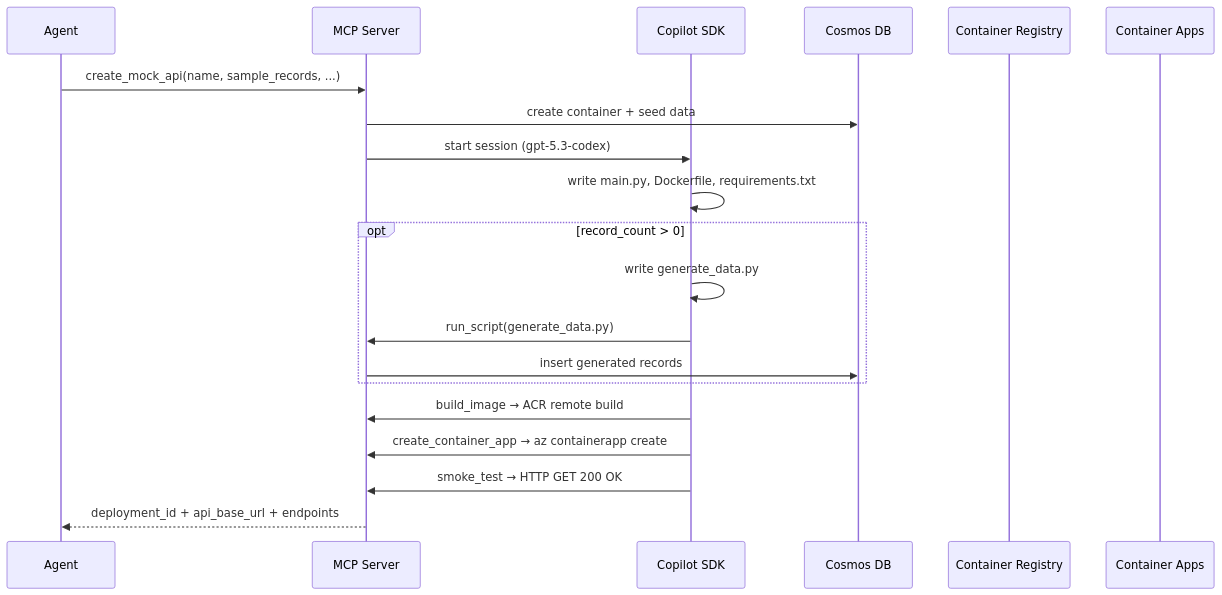
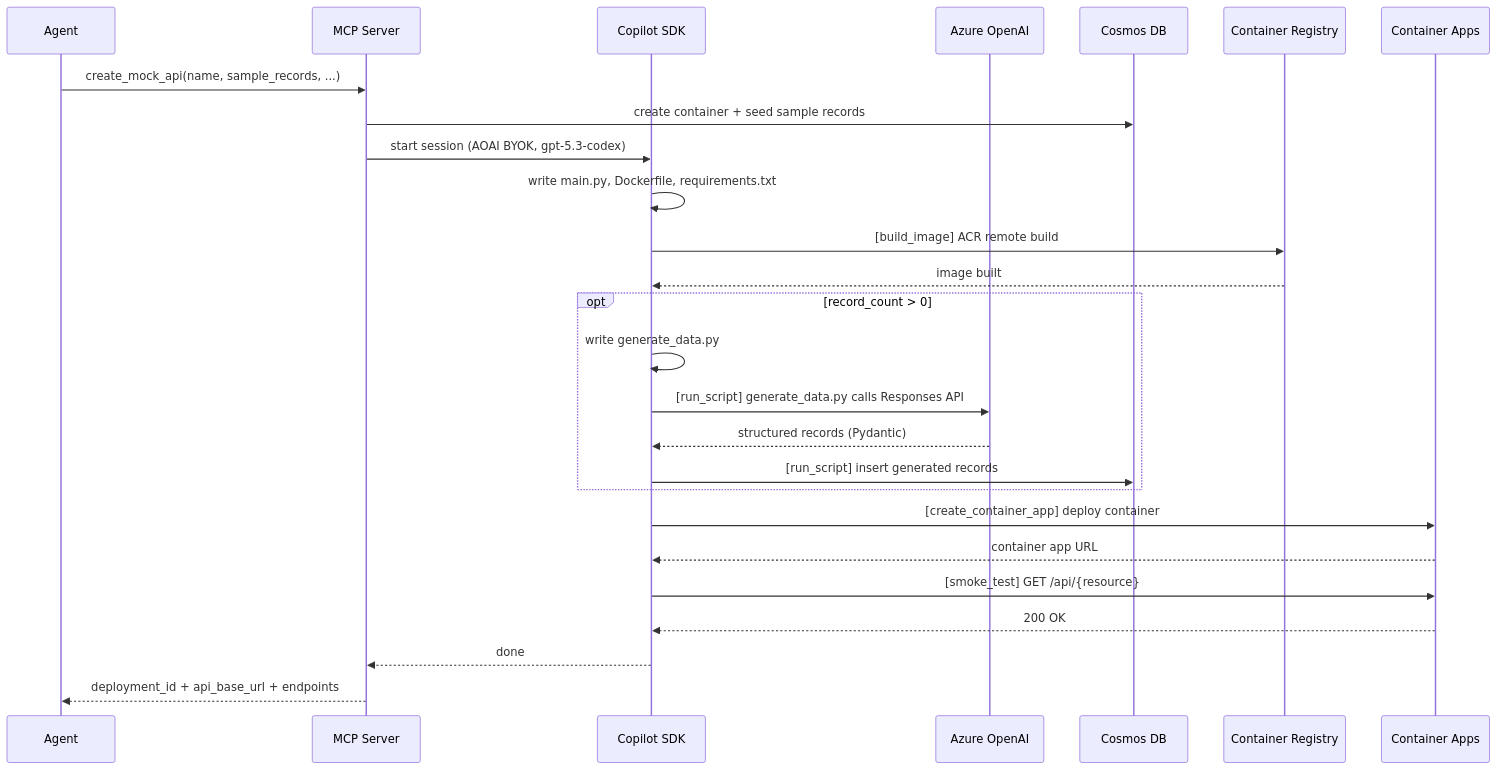
The diagram in docs/ARCHITECTURE.md (tkubica12/agentic-component-factory), drawn with Mermaid before and after one commit. The commit also changed other lines of this file and 1 other file, not shown here.

Commit message:
docs - diagrams

````diff
--- a/docs/ARCHITECTURE.md
+++ b/docs/ARCHITECTURE.md
@@ -113,23 +112,35 @@
 ```mermaid
 sequenceDiagram
     participant Agent
     participant MCP as MCP Server
     participant SDK as Copilot SDK
+    participant AOAI as Azure OpenAI
     participant Cosmos as Cosmos DB
     participant ACR as Container Registry
     participant ACA as Container Apps
 
     Agent->>MCP: create_mock_api(name, sample_records, ...)
-    MCP->>Cosmos: create container + seed data
-    MCP->>SDK: start session (gpt-5.3-codex)
+    MCP->>Cosmos: create container + seed sample records
+
+    MCP->>SDK: start session (AOAI BYOK, gpt-5.3-codex)
     SDK->>SDK: write main.py, Dockerfile, requirements.txt
+
+    SDK->>ACR: [build_image] ACR remote build
+    ACR-->>SDK: image built
+
     opt record_count > 0
         SDK->>SDK: write generate_data.py
-        SDK->>MCP: run_script(generate_data.py)
-        MCP->>Cosmos: insert generated records
+        SDK->>AOAI: [run_script] generate_data.py calls Responses API
+        AOAI-->>SDK: structured records (Pydantic)
+        SDK->>Cosmos: [run_script] insert generated records
     end
-    SDK->>MCP: build_image → ACR remote build
-    SDK->>MCP: create_container_app → az containerapp create
-    SDK->>MCP: smoke_test → HTTP GET 200 OK
+
+    SDK->>ACA: [create_container_app] deploy container
+    ACA-->>SDK: container app URL
+
+    SDK->>ACA: [smoke_test] GET /api/{resource}
+    ACA-->>SDK: 200 OK
+
+    SDK-->>MCP: done
     MCP-->>Agent: deployment_id + api_base_url + endpoints
 ```
````
